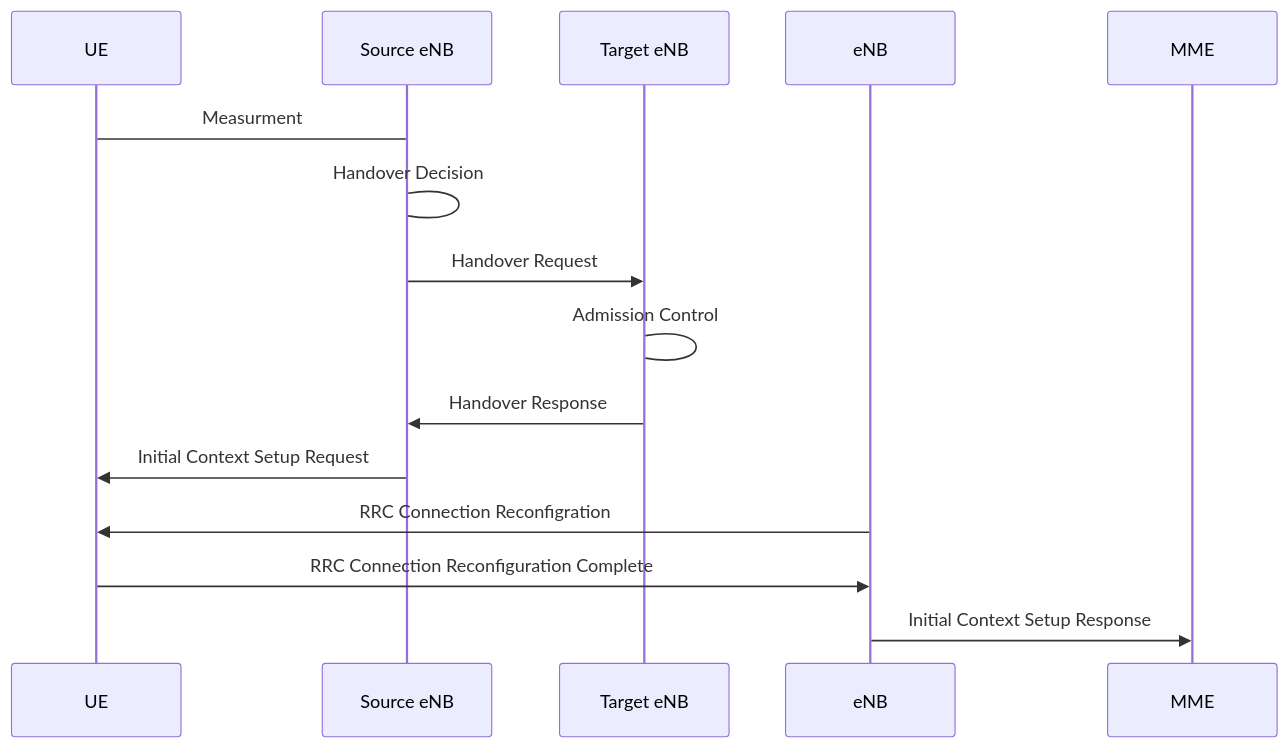
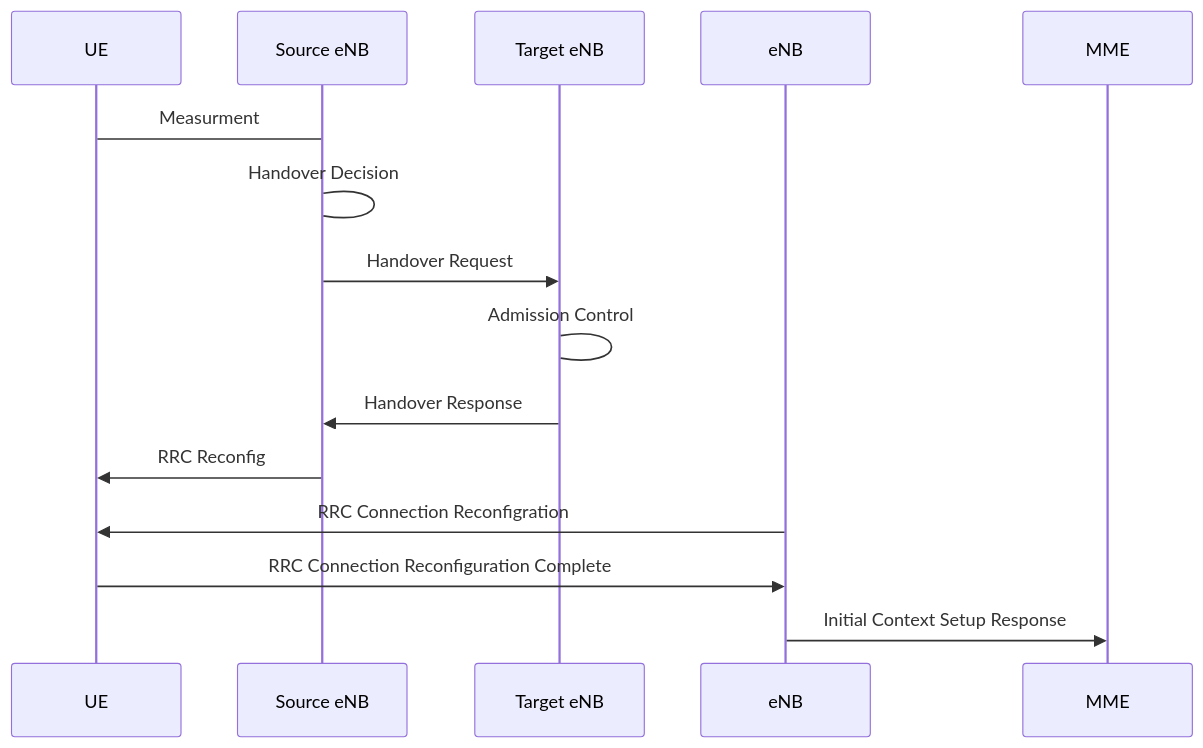
One commit to ThomasRochette/NoteCours changed the fourth of 4 diagrams in ARM.md. Above: the diagram before and after it, drawn with Mermaid. The commit also changed other lines of this file, not shown here.

Commit message:
Uploaded by https://stackedit.io/

````diff
--- a/ARM.md
+++ b/ARM.md
@@ -133,12 +133,12 @@
 ```mermaid
 sequenceDiagram
 UE -> Source eNB: Measurment
 Source eNB -> Source eNB: Handover Decision
 Source eNB ->> Target eNB: Handover Request
 Target eNB -> Target eNB: Admission Control
 Target eNB ->> Source eNB: Handover Response
-Source eNB ->> UE: Initial Context Setup Request
+Source eNB ->> UE: RRC Reconfig
 eNB ->> UE: RRC Connection Reconfigration 
 UE ->> eNB: RRC Connection Reconfiguration Complete
 eNB ->> MME: Initial Context Setup Response
 ```
````
